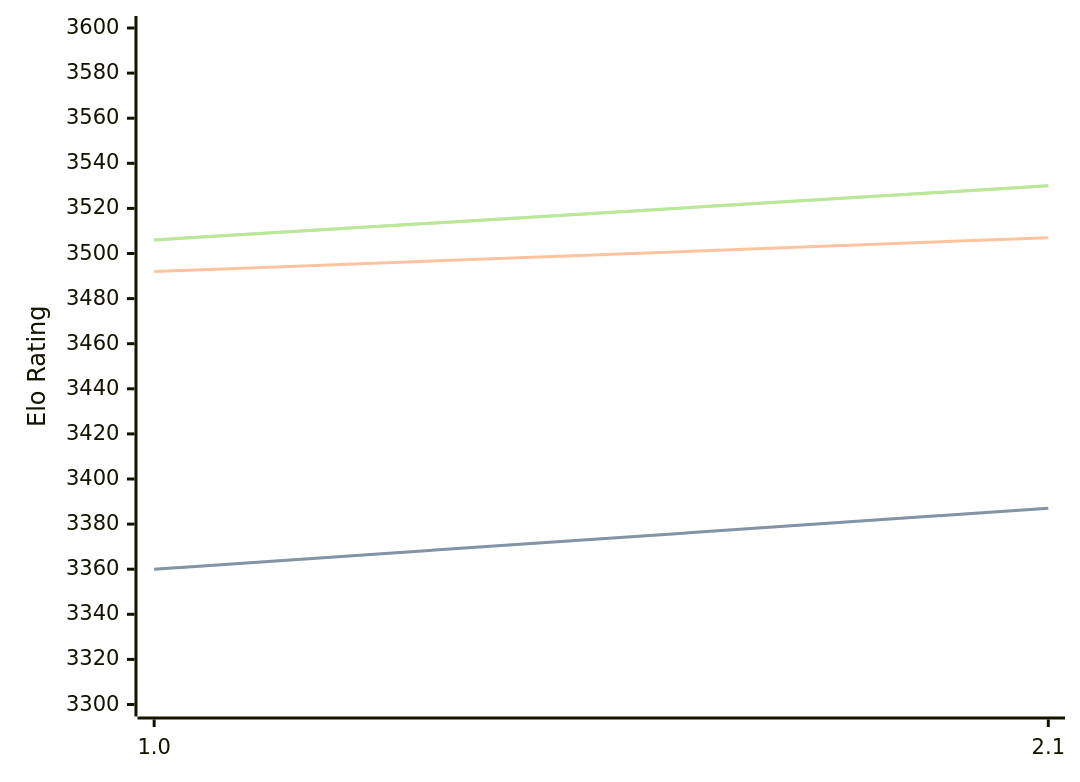
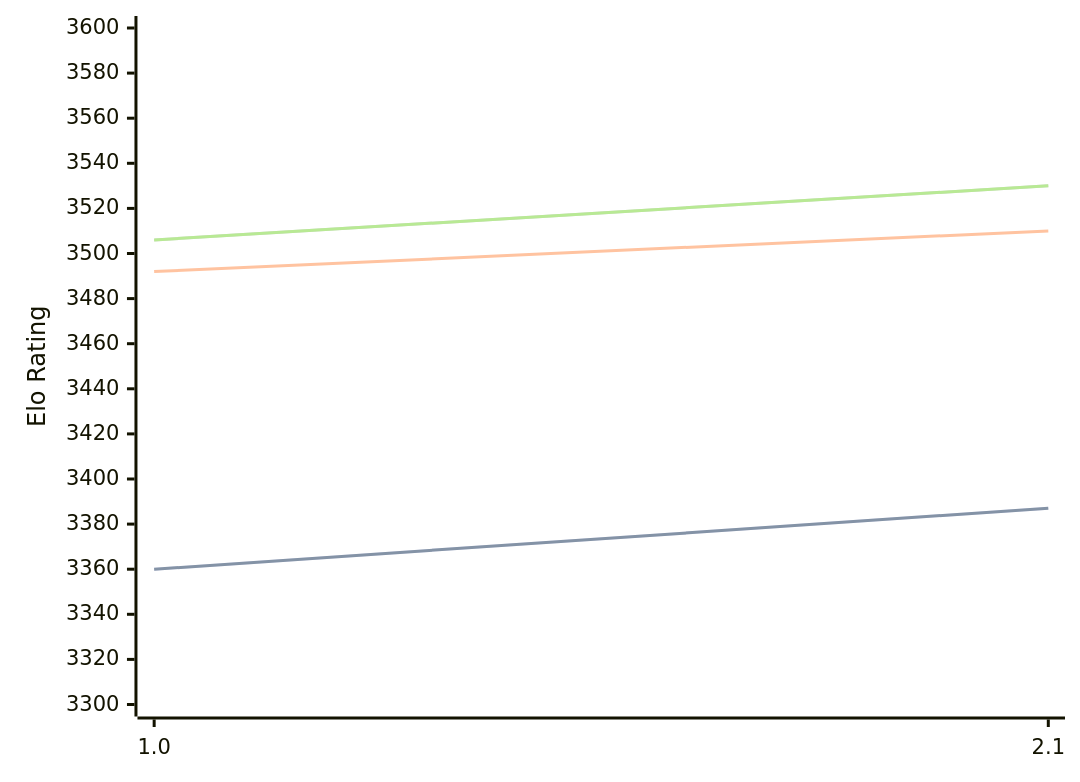
Before and after one commit to computer-chess-index/cci: the first of 3 diagrams in engines/Hobbes.md, drawn with Mermaid. The commit also changed other lines of this file, not shown here.

````diff
--- a/engines/Hobbes.md
+++ b/engines/Hobbes.md
@@ -33,11 +33,11 @@
 ```mermaid
 %%{init: {"theme":"base","themeVariables":{"seriesColors:['#a3a3a3','#222221','#faa371']}}}%%
 xychart-beta
   x-axis ["1.0", "2.1"]
   y-axis "Elo Rating" 3300 --> 3600
   line "STC (8.0+0.08s)" [3360, 3387]
   line "STC (8.0+0.08s)" [3360, 3387]
-  line "LTC (60.0+0.60s)" [3492, 3507]
+  line "LTC (60.0+0.60s)" [3492, 3510]
   line "VLTC (2m24s+1.12s)" [3506, 3530]
   line "VLTC (2m24s+1.12s)" [3506, 3530]
 ```
````
